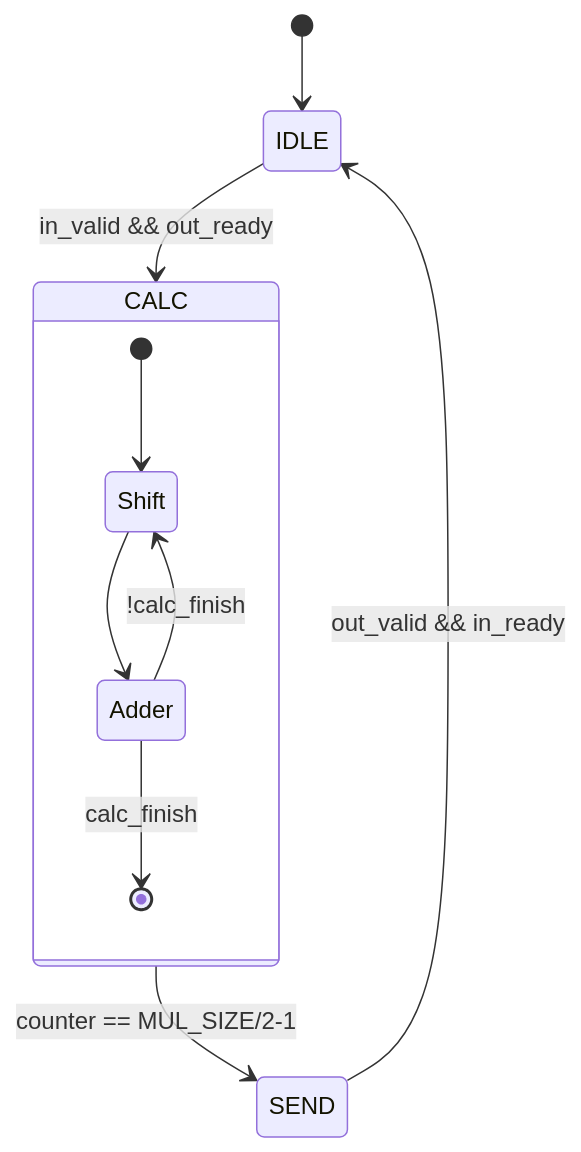
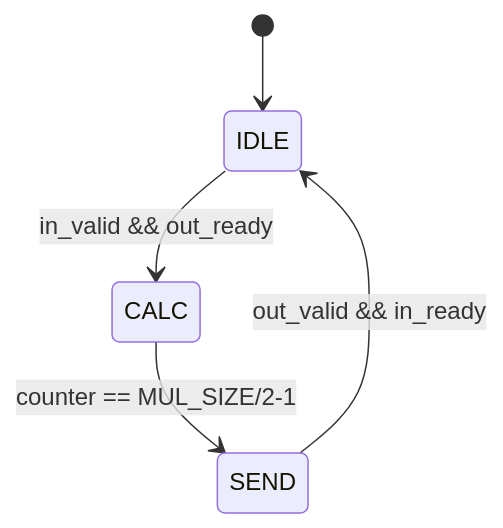
Before and after one commit to EsaLongs/EESM6000C_CL: the diagram in Lab_3/Booth4_multiplier/README.md, drawn with Mermaid. The commit also changed other lines of this file, not shown here.

````diff
--- a/Lab_3/Booth4_multiplier/README.md
+++ b/Lab_3/Booth4_multiplier/README.md
@@ -12,14 +19,7 @@
-```mermaid
+<div class="mermaid">
 stateDiagram-v2
     [*] --> IDLE
     IDLE --> CALC : in_valid && out_ready
     CALC --> SEND : counter == MUL_SIZE/2-1
     SEND --> IDLE : out_valid && in_ready
-    
-    state CALC {
-        [*] --> Shift
-        Shift --> Adder
-        Adder --> Shift : !calc_finish
-        Adder --> [*] : calc_finish
-    }
-```
+</div>
````
